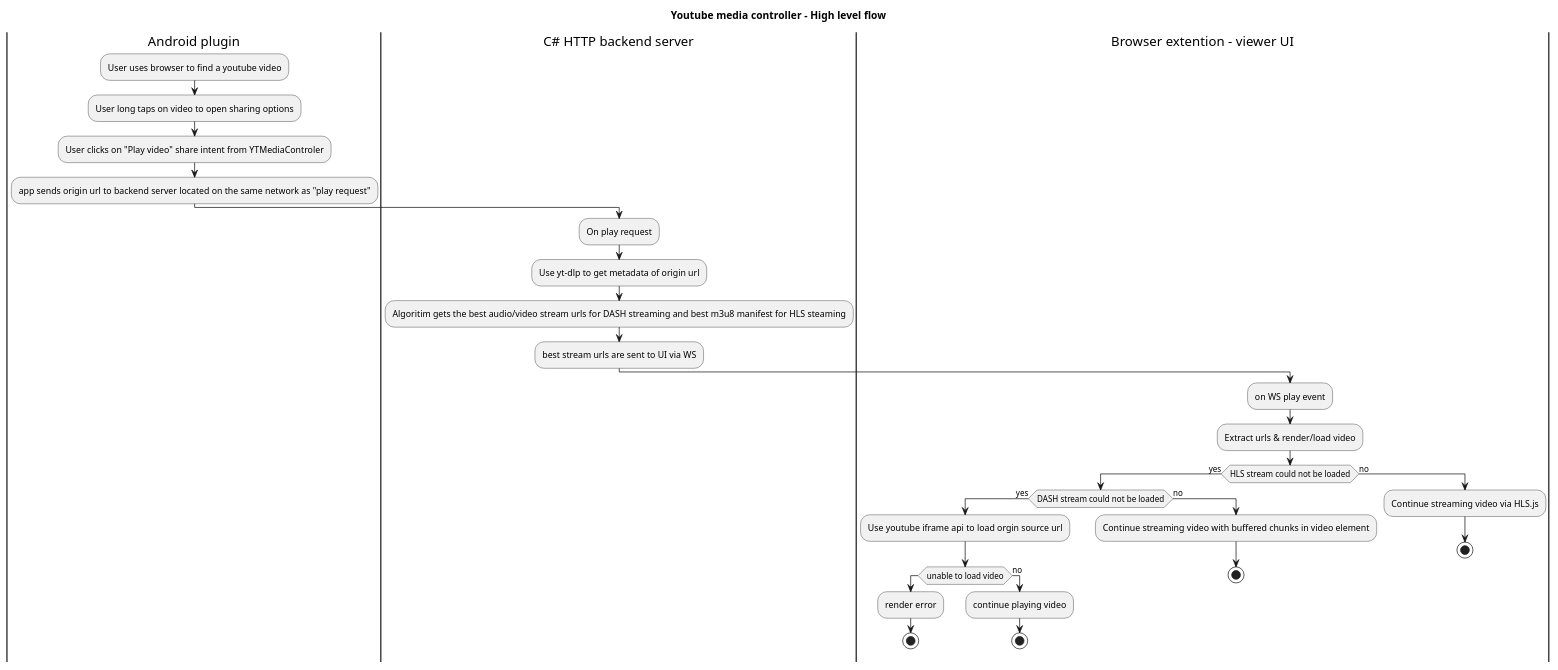
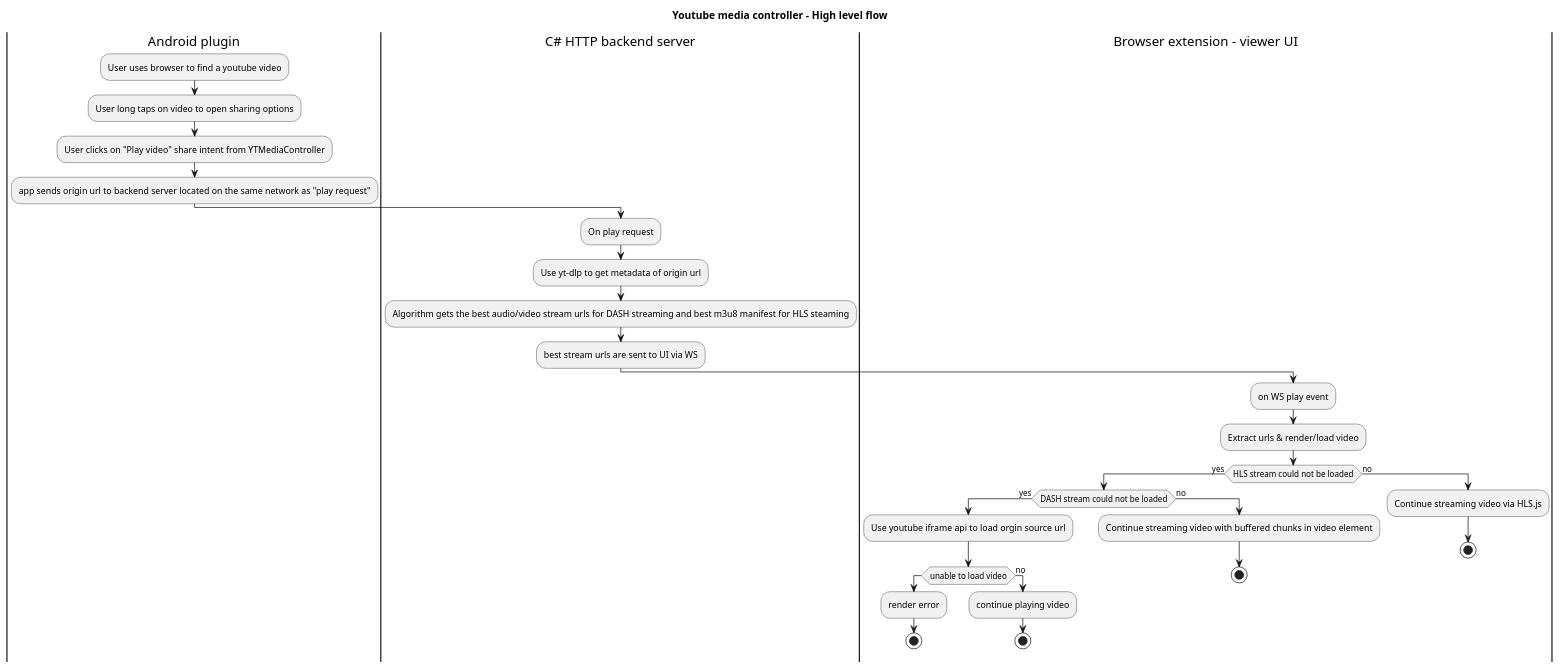
One commit to Echo-Peak/YT-media-controller changed the diagram in doc/high-level-flow.puml. Above: the diagram before and after it, drawn with PlantUML. The commit also changed 2 other files, not shown here.

```diff
--- a/doc/high-level-flow.puml
+++ b/doc/high-level-flow.puml
@@ -1,40 +1,40 @@
 @startuml
 
 title Youtube media controller - High level flow
 
 | Android plugin |
 :User uses browser to find a youtube video;
 :User long taps on video to open sharing options;
-:User clicks on "Play video" share intent from YTMediaControler;
+:User clicks on "Play video" share intent from YTMediaController;
 :app sends origin url to backend server located on the same network as "play request";
 
 | C# HTTP backend server |
 :On play request;
 :Use yt-dlp to get metadata of origin url;
-:Algoritim gets the best audio/video stream urls for DASH streaming and best m3u8 manifest for HLS steaming;
+:Algorithm gets the best audio/video stream urls for DASH streaming and best m3u8 manifest for HLS steaming;
 :best stream urls are sent to UI via WS;
 
-| Browser extention - viewer UI |
+| Browser extension - viewer UI |
 :on WS play event;
 :Extract urls & render/load video;
 if (HLS stream could not be loaded) then (yes)
  if (DASH stream could not be loaded) then (yes)
  :Use youtube iframe api to load orgin source url;
  if (unable to load video)
  :render error;
  stop
  else (no)
  :continue playing video;
  stop
  end if
  else (no)
  :Continue streaming video with buffered chunks in video element;
  stop
  end if
 else (no)
 :Continue streaming video via HLS.js;
 stop
 end if
 
 
 @enduml
```
